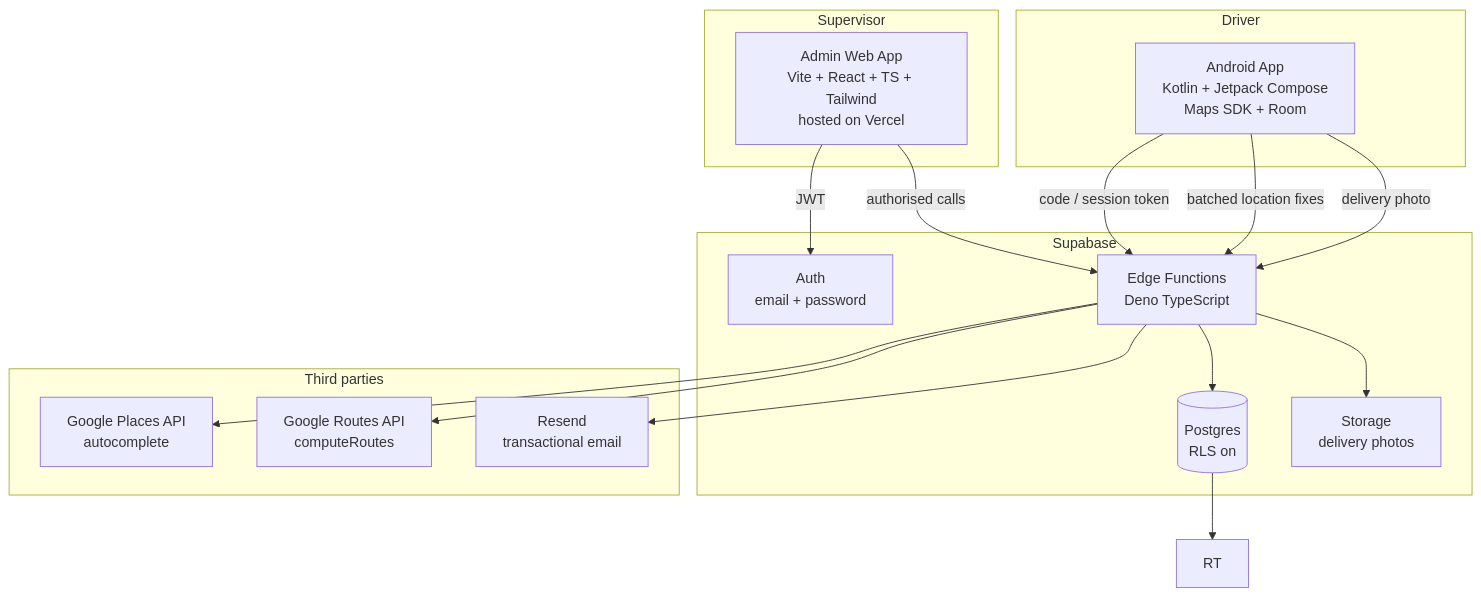
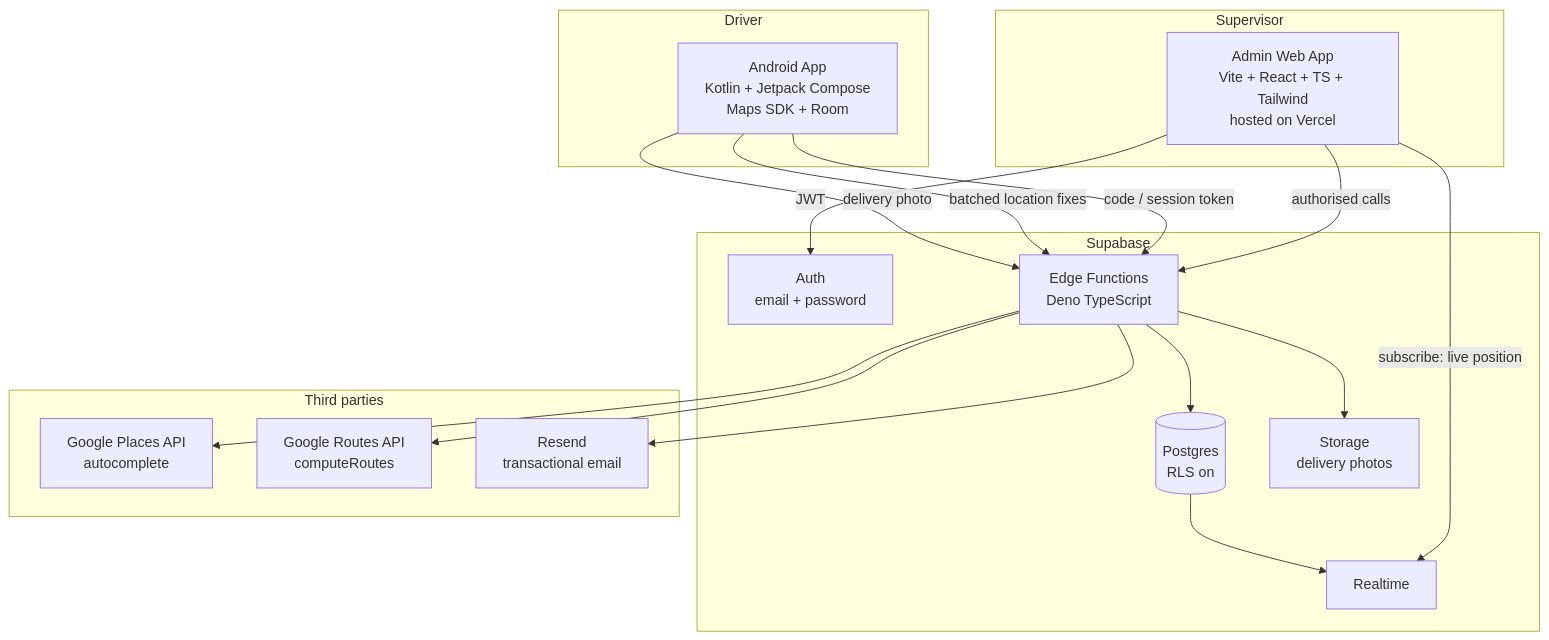
Before and after one commit to Humble-Coders/HumbleDrive: the first of 3 diagrams in docs/PRD.md, drawn with Mermaid. The commit also changed other lines of this file and 3 other files, not shown here.

````diff
--- a/docs/PRD.md
+++ b/docs/PRD.md
@@ -69,35 +69,37 @@
 ```mermaid
 graph TB
     subgraph Admin["Supervisor"]
         WEB["Admin Web App<br/>Vite + React + TS + Tailwind<br/>hosted on Vercel"]
     end
 
     subgraph Driver["Driver"]
         APP["Android App<br/>Kotlin + Jetpack Compose<br/>Maps SDK + Room"]
     end
 
     subgraph Supabase["Supabase"]
         AUTH["Auth<br/>email + password"]
         FN["Edge Functions<br/>Deno TypeScript"]
         DB[("Postgres<br/>RLS on")]
+        RT["Realtime"]
         ST["Storage<br/>delivery photos"]
     end
 
     subgraph External["Third parties"]
         GP["Google Places API<br/>autocomplete"]
         GR["Google Routes API<br/>computeRoutes"]
         RS["Resend<br/>transactional email"]
     end
 
     WEB -->|"JWT"| AUTH
     WEB -->|"authorised calls"| FN
+    WEB -->|"subscribe: live position"| RT
     APP -->|"code / session token"| FN
     APP -->|"batched location fixes"| FN
     APP -->|"delivery photo"| FN
     FN --> DB
     FN --> GP
     FN --> GR
     FN --> RS
     FN --> ST
     DB --> RT
 ```
````
